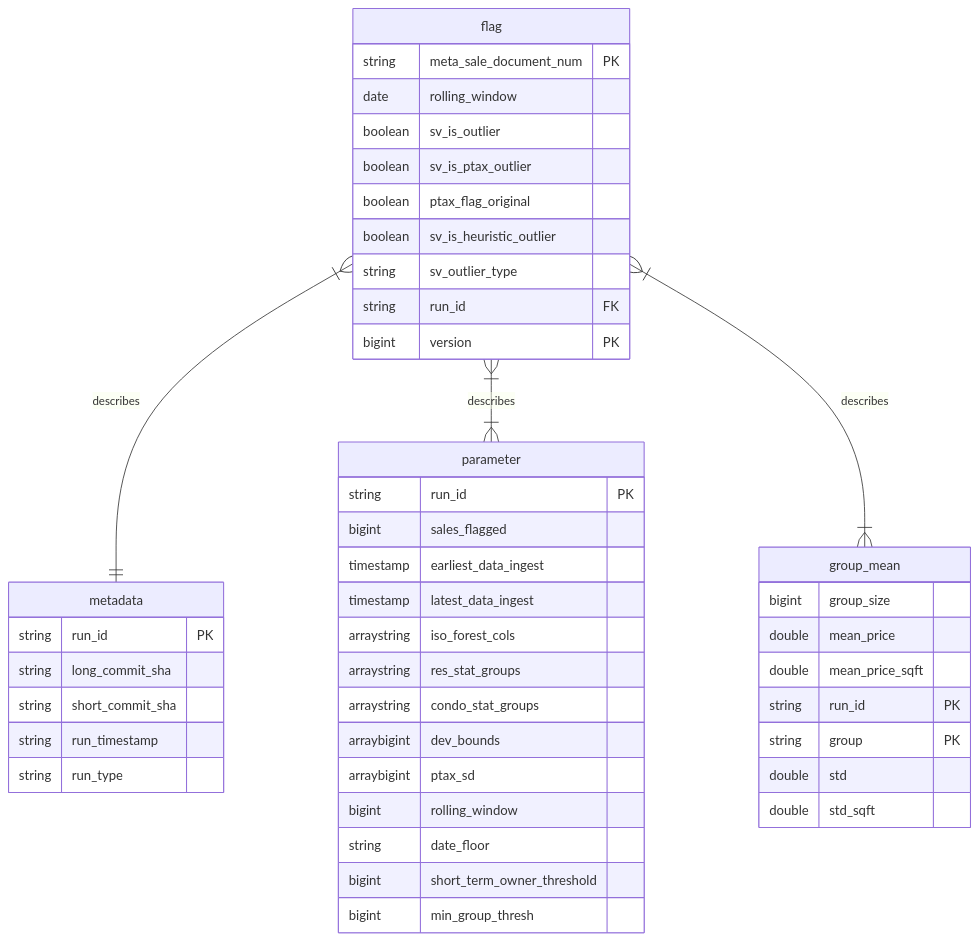
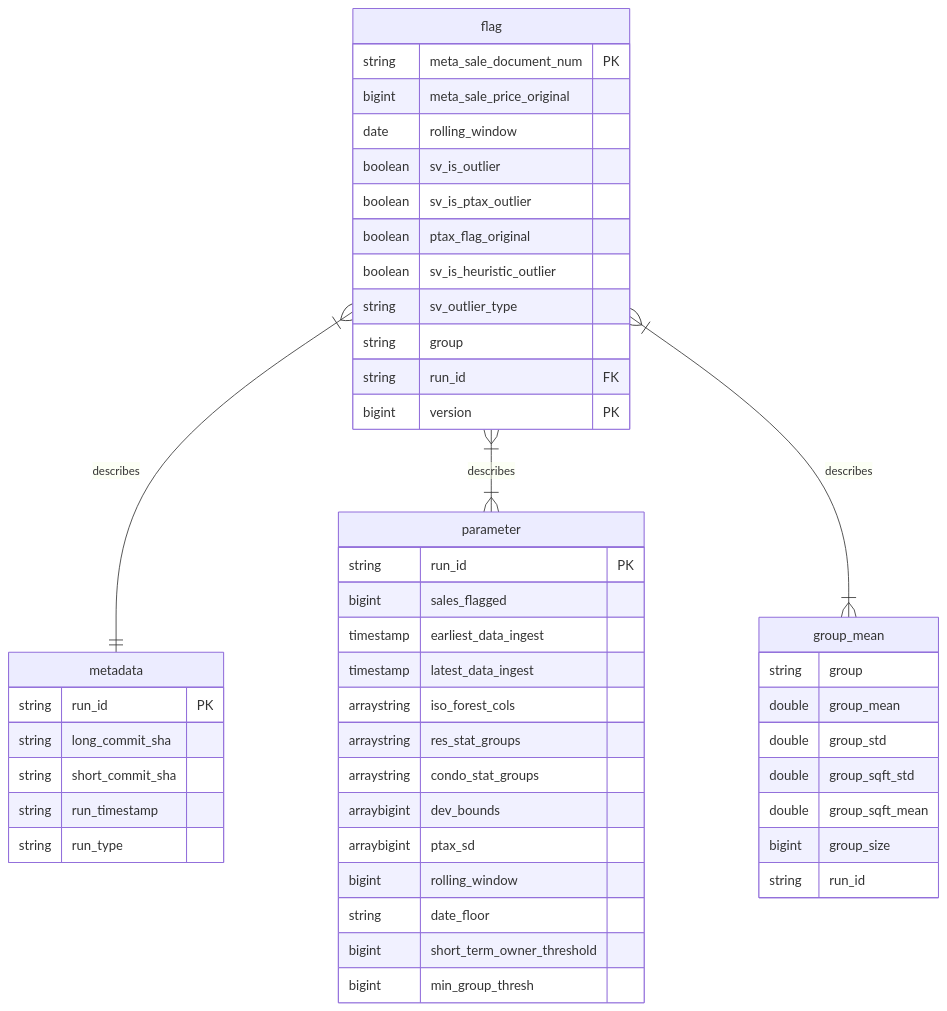
Before and after one commit to ccao-data/model-sales-val: the second of 2 diagrams in README.md, drawn with Mermaid.

Commit message:
Edit Readme column namse

````diff
--- a/README.md
+++ b/README.md
@@ -246,52 +246,54 @@
 ```mermaid
 erDiagram
     flag }|--|| metadata : describes
     flag }|--|{ parameter : describes
     flag }|--|{ group_mean : describes
 
     flag {
         string meta_sale_document_num PK
+        bigint meta_sale_price_original
         date rolling_window
         boolean sv_is_outlier
         boolean sv_is_ptax_outlier
         boolean ptax_flag_original
         boolean sv_is_heuristic_outlier
         string sv_outlier_type
+        string group
         string run_id FK
         bigint version PK
     }
 
     metadata {
         string run_id PK
         string long_commit_sha
         string short_commit_sha
         string run_timestamp
         string run_type
     }
 
     parameter {
         string run_id PK
         bigint sales_flagged
         timestamp earliest_data_ingest
         timestamp latest_data_ingest
         arraystring iso_forest_cols
         arraystring res_stat_groups
         arraystring condo_stat_groups
         arraybigint dev_bounds
         arraybigint ptax_sd
         bigint rolling_window
         string date_floor
         bigint short_term_owner_threshold
         bigint min_group_thresh
     }
 
     group_mean {
+        string group
+        double group_mean
+        double group_std
+        double group_sqft_std
+        double group_sqft_mean
         bigint group_size
-        double mean_price
-        double mean_price_sqft
-        string run_id PK
-        string group PK
-        double std
-        double std_sqft
+        string run_id
     }
 ```
````
